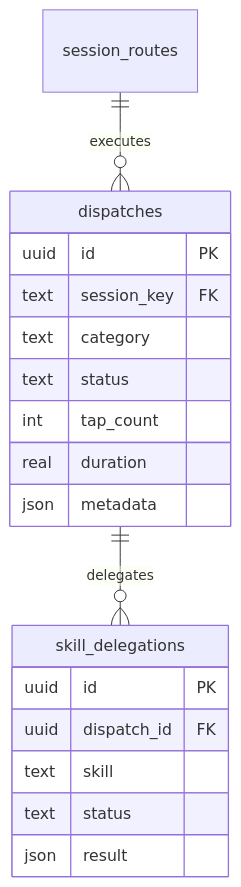
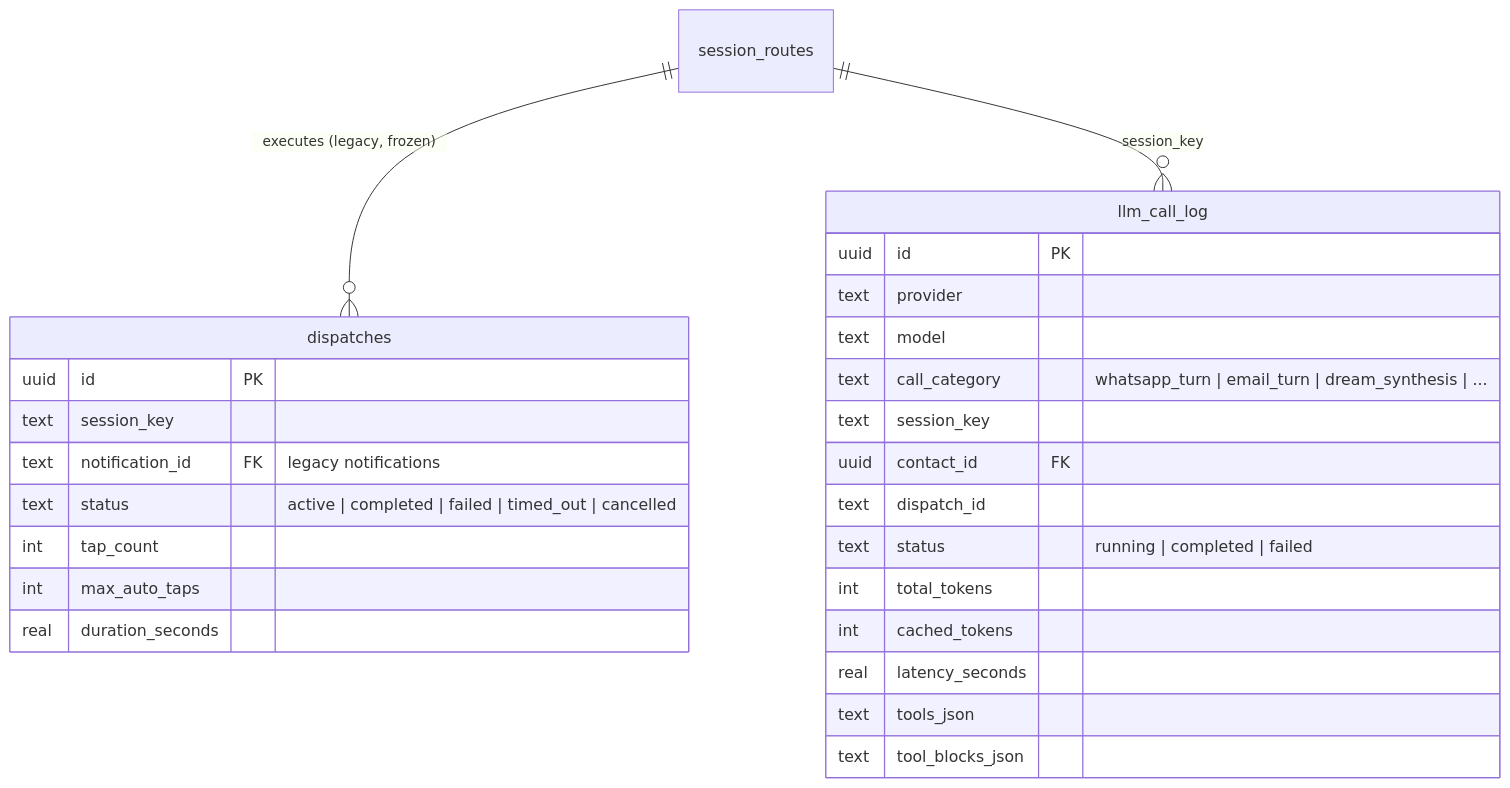
The fourth of 10 diagrams in docs/datamodel.md (mike-crabcat/bob), drawn with Mermaid before and after one commit. The commit also changed other lines of this file and 8 other files, not shown here.

First line of the commit message:
Async skill execution: script subagents run slow scripts out-of-band

````diff
--- a/docs/datamodel.md
+++ b/docs/datamodel.md
@@ -97,22 +266,30 @@
 ```mermaid
 erDiagram
-    session_routes ||--o{ dispatches : "executes"
-    dispatches ||--o{ skill_delegations : "delegates"
+    session_routes ||--o{ dispatches : "executes (legacy, frozen)"
+    session_routes ||--o{ llm_call_log : "session_key"
 
     dispatches {
         uuid id PK
-        text session_key FK
-        text category
-        text status
+        text session_key
+        text notification_id FK "legacy notifications"
+        text status "active | completed | failed | timed_out | cancelled"
         int tap_count
-        real duration
-        json metadata
+        int max_auto_taps
+        real duration_seconds
     }
-    skill_delegations {
+    llm_call_log {
         uuid id PK
-        uuid dispatch_id FK
-        text skill
-        text status
-        json result
+        text provider
+        text model
+        text call_category "whatsapp_turn | email_turn | dream_synthesis | ..."
+        text session_key
+        uuid contact_id FK
+        text dispatch_id
+        text status "running | completed | failed"
+        int total_tokens
+        int cached_tokens
+        real latency_seconds
+        text tools_json
+        text tool_blocks_json
     }
 ```
````
